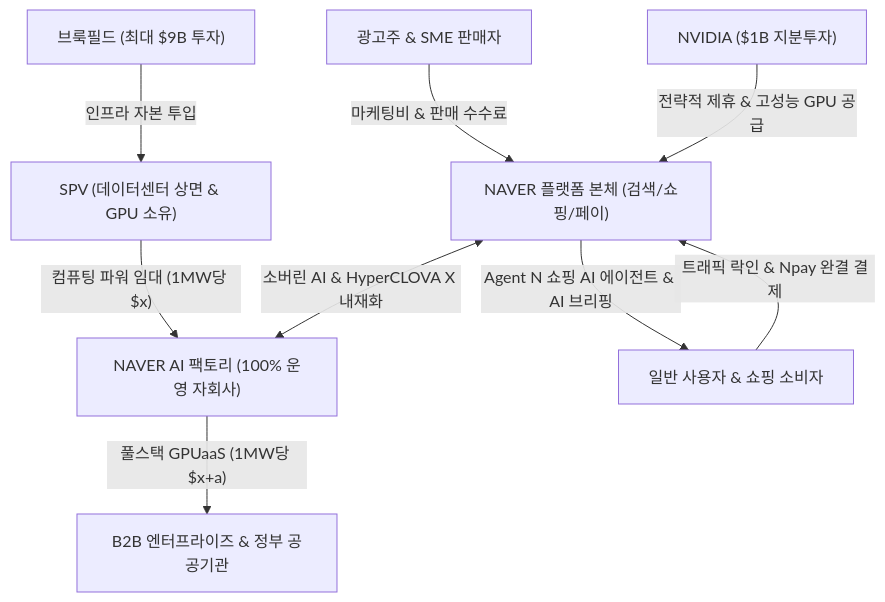
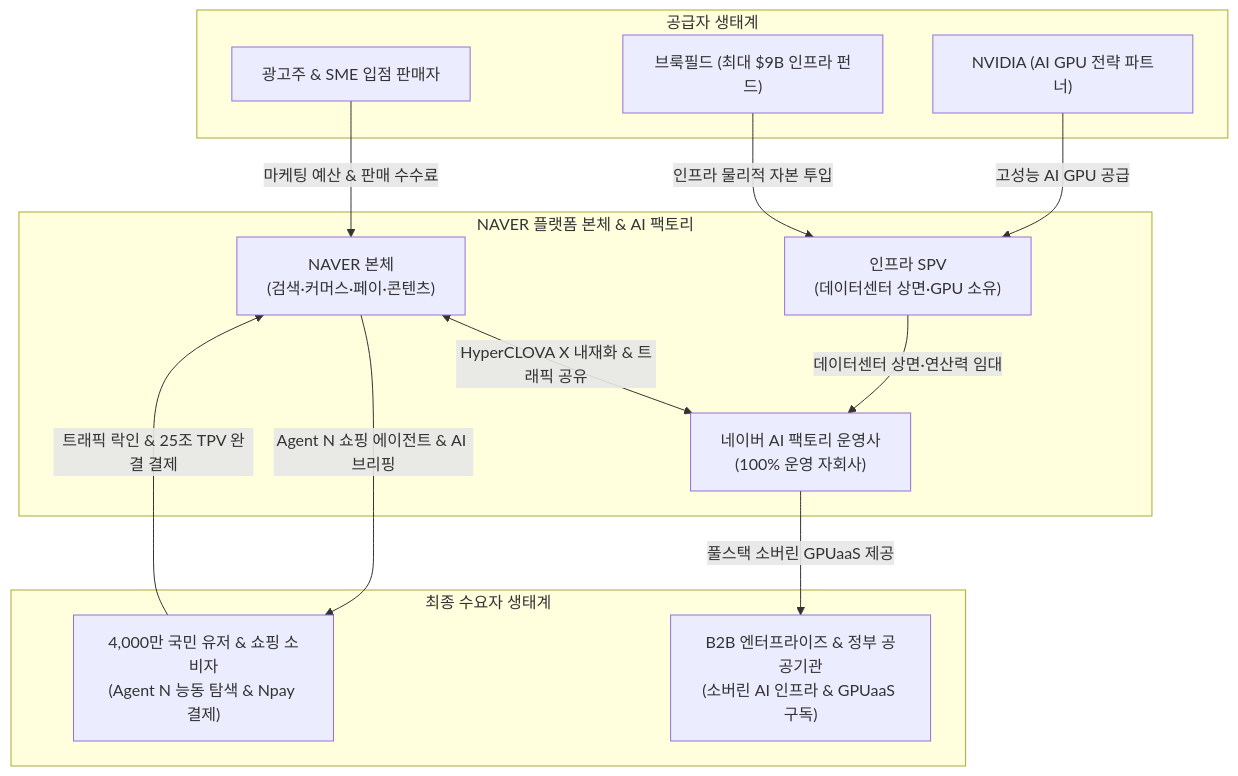
One commit to eve830521-cmd/my-skill changed the first of 2 diagrams in Stock_Research/NAVER/3_Final_Reports/Phase1_Report.md. Above: the diagram before and after it, drawn with Mermaid. The commit also changed other lines of this file and 27 other files, not shown here.

````diff
--- a/Stock_Research/NAVER/3_Final_Reports/Phase1_Report.md
+++ b/Stock_Research/NAVER/3_Final_Reports/Phase1_Report.md
@@ -32,11 +47,28 @@
 ```mermaid
 graph TD
-    A["광고주 & SME 판매자"] -->|"마케팅비 & 판매 수수료"| B["NAVER 플랫폼 본체 (검색/쇼핑/페이)"]
-    A1["NVIDIA ($1B 지분투자)"] -->|"전략적 제휴 & 고성능 GPU 공급"| B
-    A2["브룩필드 (최대 $9B 투자)"] -->|"인프라 자본 투입"| SPV["SPV (데이터센터 상면 & GPU 소유)"]
-    SPV -->|"컴퓨팅 파워 임대 (1MW당 $x)"| AF["NAVER AI 팩토리 (100% 운영 자회사)"]
-    B <-->|"소버린 AI & HyperCLOVA X 내재화"| AF
-    B -->|"Agent N 쇼핑 AI 에이전트 & AI 브리핑"| C["일반 사용자 & 쇼핑 소비자"]
-    C -->|"트래픽 락인 & Npay 완결 결제"| B
-    AF -->|"풀스택 GPUaaS (1MW당 $x+a)"| D["B2B 엔터프라이즈 & 정부 공공기관"]
+    subgraph S1["공급자 생태계"]
+        A1["광고주 & SME 입점 판매자"]
+        A2["NVIDIA (AI GPU 전략 파트너)"]
+        A3["브룩필드 (최대 $9B 인프라 펀드)"]
+    end
+
+    subgraph S2["NAVER 플랫폼 본체 & AI 팩토리"]
+        B1["NAVER 본체<br>(검색·커머스·페이·콘텐츠)"]
+        SPV["인프라 SPV<br>(데이터센터 상면·GPU 소유)"]
+        B2["네이버 AI 팩토리 운영사<br>(100% 운영 자회사)"]
+    end
+
+    subgraph S3["최종 수요자 생태계"]
+        C1["4,000만 국민 유저 & 쇼핑 소비자<br>(Agent N 능동 탐색 & Npay 결제)"]
+        C2["B2B 엔터프라이즈 & 정부 공공기관<br>(소버린 AI 인프라 & GPUaaS 구독)"]
+    end
+
+    A1 -->|"마케팅 예산 & 판매 수수료"| B1
+    A2 -->|"고성능 AI GPU 공급"| SPV
+    A3 -->|"인프라 물리적 자본 투입"| SPV
+    SPV -->|"데이터센터 상면·연산력 임대"| B2
+    B1 <-->|"HyperCLOVA X 내재화 & 트래픽 공유"| B2
+    B1 -->|"Agent N 쇼핑 에이전트 & AI 브리핑"| C1
+    C1 -->|"트래픽 락인 & 25조 TPV 완결 결제"| B1
+    B2 -->|"풀스택 소버린 GPUaaS 제공"| C2
 ```
````
